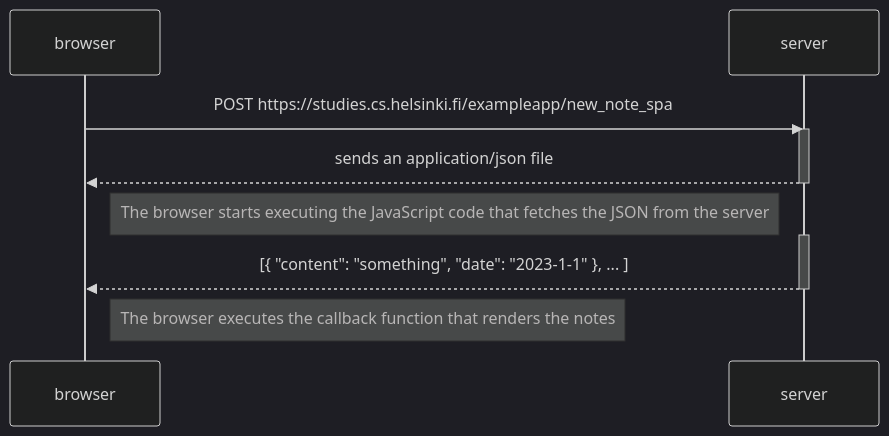
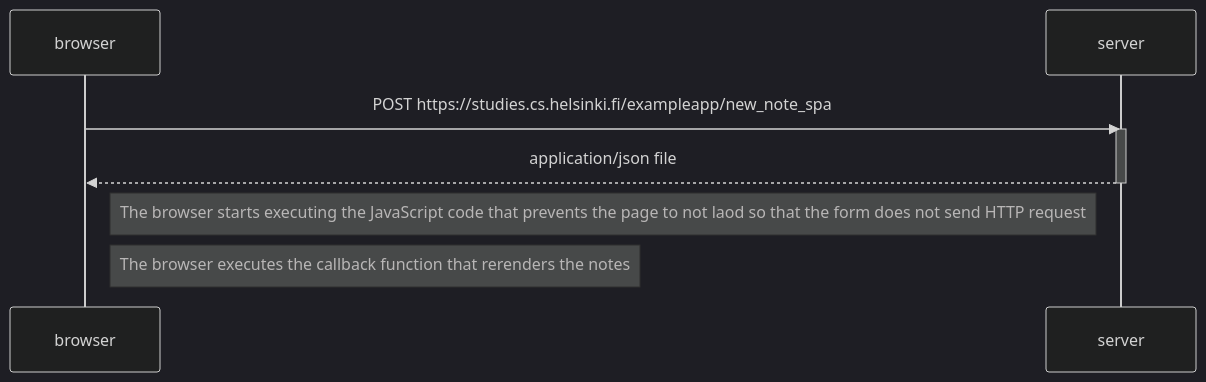
One commit to danielendaylalu1/FullStackOpen changed the diagram in part0/0.6-New-note-in-Single-page-app-diagram.md. Above: the diagram before and after it, drawn with Mermaid (dark theme).

Commit message:
created 0.6  md file

````diff
--- a/part0/0.6-New-note-in-Single-page-app-diagram.md
+++ b/part0/0.6-New-note-in-Single-page-app-diagram.md
@@ -1,21 +1,17 @@
 ```mermaid
 sequenceDiagram
 participant browser
 participant server
 
     browser->>server: POST https://studies.cs.helsinki.fi/exampleapp/new_note_spa
 
     activate server
 
-    server-->>browser: sends an application/json file
+    server-->>browser: application/json file
 
     deactivate server
 
-    Note right of browser: The browser starts executing the JavaScript code that fetches the JSON from the server
+    Note right of browser: The browser starts executing the JavaScript code that prevents the page to not laod so that the form does not send HTTP request
 
-    activate server
-    server-->>browser: [{ "content": "something", "date": "2023-1-1" }, ... ]
-    deactivate server
-
-    Note right of browser: The browser executes the callback function that renders the notes
+    Note right of browser: The browser executes the callback function that rerenders the notes
 ```
````
